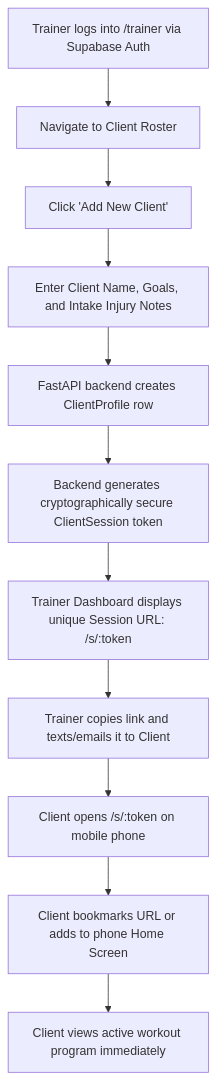
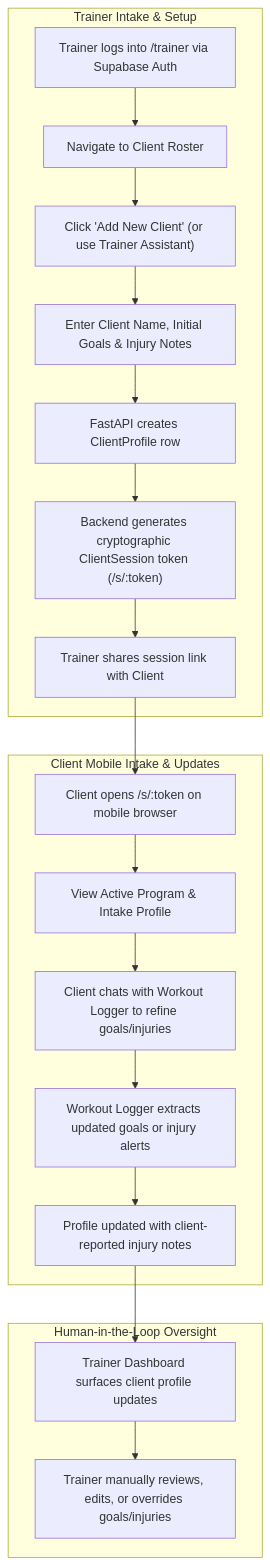
One commit to justin-day-pursuit/trainer-agent-app changed the first of 7 diagrams in documents/03-user-flows.md. Above: the diagram before and after it, drawn with Mermaid. The commit also changed other lines of this file and 4 other files, not shown here.

Commit message:
docs: record builder lane alignment, mobile/PC UX distinction, and dual intake autonomy

````diff
--- a/documents/03-user-flows.md
+++ b/documents/03-user-flows.md
@@ -11,13 +11,24 @@
 ```mermaid
 flowchart TD
-    A["Trainer logs into /trainer via Supabase Auth"] --> B["Navigate to Client Roster"]
-    B --> C["Click 'Add New Client'"]
-    C --> D["Enter Client Name, Goals, and Intake Injury Notes"]
-    D --> E["FastAPI backend creates ClientProfile row"]
-    E --> F["Backend generates cryptographically secure ClientSession token"]
-    F --> G["Trainer Dashboard displays unique Session URL: /s/:token"]
-    G --> H["Trainer copies link and texts/emails it to Client"]
-    H --> I["Client opens /s/:token on mobile phone"]
-    I --> J["Client bookmarks URL or adds to phone Home Screen"]
-    J --> K["Client views active workout program immediately"]
+    subgraph TrainerPath ["Trainer Intake & Setup"]
+        T1["Trainer logs into /trainer via Supabase Auth"] --> T2["Navigate to Client Roster"]
+        T2 --> T3["Click 'Add New Client' (or use Trainer Assistant)"]
+        T3 --> T4["Enter Client Name, Initial Goals & Injury Notes"]
+        T4 --> T5["FastAPI creates ClientProfile row"]
+        T5 --> T6["Backend generates cryptographic ClientSession token (/s/:token)"]
+        T6 --> T7["Trainer shares session link with Client"]
+    end
+
+    subgraph ClientPath ["Client Mobile Intake & Updates"]
+        C1["Client opens /s/:token on mobile browser"] --> C2["View Active Program & Intake Profile"]
+        C2 --> C3["Client chats with Workout Logger to refine goals/injuries"]
+        C3 --> C4["Workout Logger extracts updated goals or injury alerts"]
+        C4 --> C5["Profile updated with client-reported injury notes"]
+    end
+
+    subgraph TrainerOversight ["Human-in-the-Loop Oversight"]
+        T7 --> C1
+        C5 --> O1["Trainer Dashboard surfaces client profile updates"]
+        O1 --> O2["Trainer manually reviews, edits, or overrides goals/injuries"]
+    end
 ```
````
